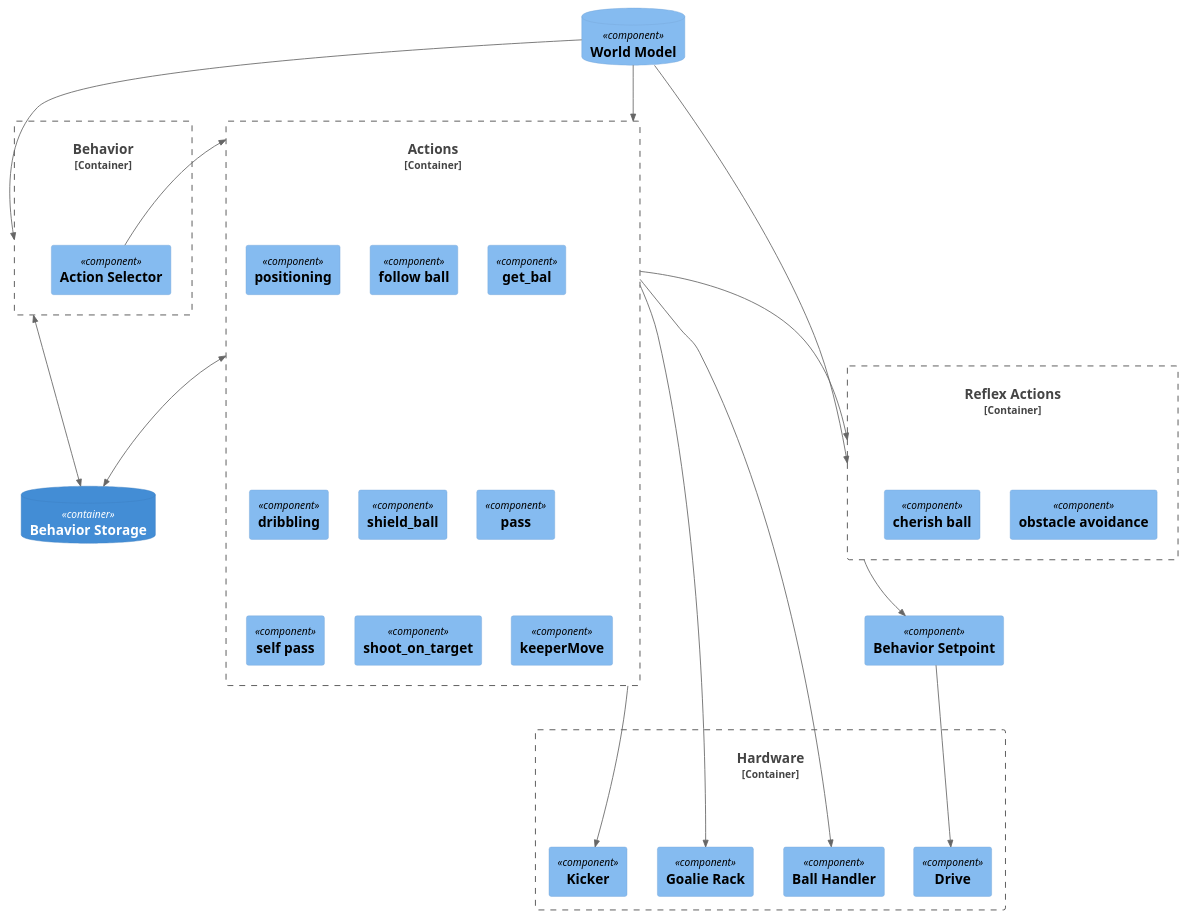
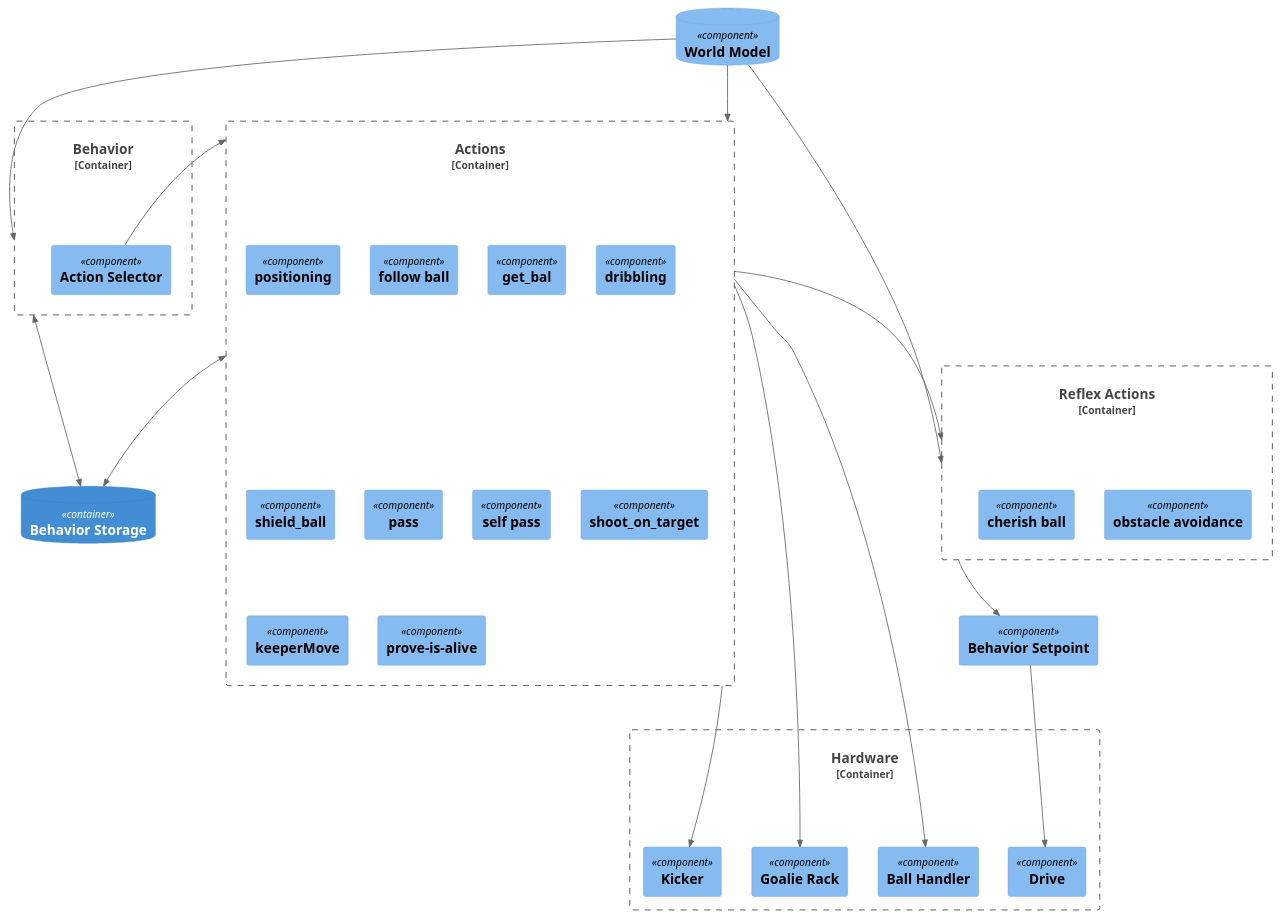
The diagram in documentation/modules/ROOT/models/mra_actions_layer.puml (RoboCup-MSL/MRA-components), drawn with PlantUML before and after one commit. The commit also changed 3 other files, not shown here.

Commit message:
rename proof-is-alive in documentation to prove-is-alive

```diff
--- a/documentation/modules/ROOT/models/mra_actions_layer.puml
+++ b/documentation/modules/ROOT/models/mra_actions_layer.puml
@@ -1,57 +1,58 @@
 @startuml
 !include https://raw.githubusercontent.com/plantuml-stdlib/C4-PlantUML/master/C4_Component.puml
 
 ComponentDb(WorldModel, "World Model")
 
 Container_Boundary(hardware, "Hardware") {
     Component(kicker, "Kicker")
     Component(drive, "Drive")
     Component(goalrack, "Goalie Rack")
     Component(ballhandler, "Ball Handler")
 }
 
 Container_Boundary(behavior, "Behavior") {
     Component(action_selector, "Action Selector")
 }
 
 ContainerDb(behavior_storage, "Behavior Storage")
 
 
 Container_Boundary(actions, "Actions") {
  	Component(positioning, "positioning")
 	Component(follow_ball, "follow ball")
 	Component(get_bal, "get_bal")
 	Component(dribbling, "dribbling")
 	Component(shield_ball, "shield_ball")
 	Component(pass, "pass")
 	Component(selfpass, "self pass")
 	Component(shoot_on_target, "shoot_on_target")
 	Component(keeperMove, "keeperMove")
+	Component(prove_is_alive, "prove-is-alive")
  }
 
 Component(behavior_setpoint, "Behavior Setpoint")
 
 Container_Boundary(reflex, "Reflex Actions") {
 	Component(obstacle_avoidance, "obstacle avoidance")
 	Component(cherish_ball, "cherish ball")
 }
 
 BiRel_U(behavior_storage,  actions, "")
 BiRel(behavior_storage, behavior, "")
 
 Rel_R(action_selector, actions, "")
 
 Rel_R(WorldModel, behavior, "")
 Rel_D(WorldModel, actions, "")
 Rel_D(WorldModel, reflex, "")
 
 Rel_D(actions,reflex, "")
 Rel_D(reflex, behavior_setpoint, "")
 Rel_D(behavior_setpoint, drive, "")
 Rel_D(actions, kicker, "")
 Rel_D(actions, goalrack, "")
 Rel_D(actions, ballhandler, "")
 
 
 
 @enduml
```
